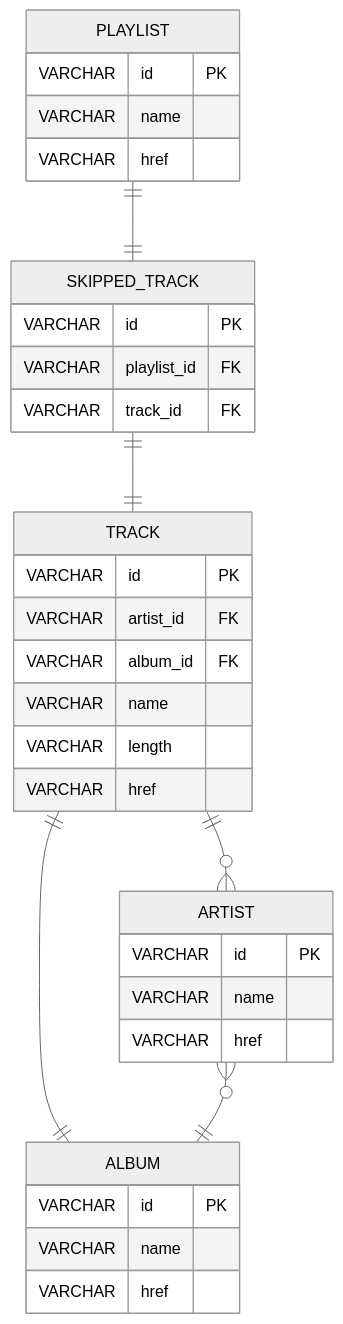
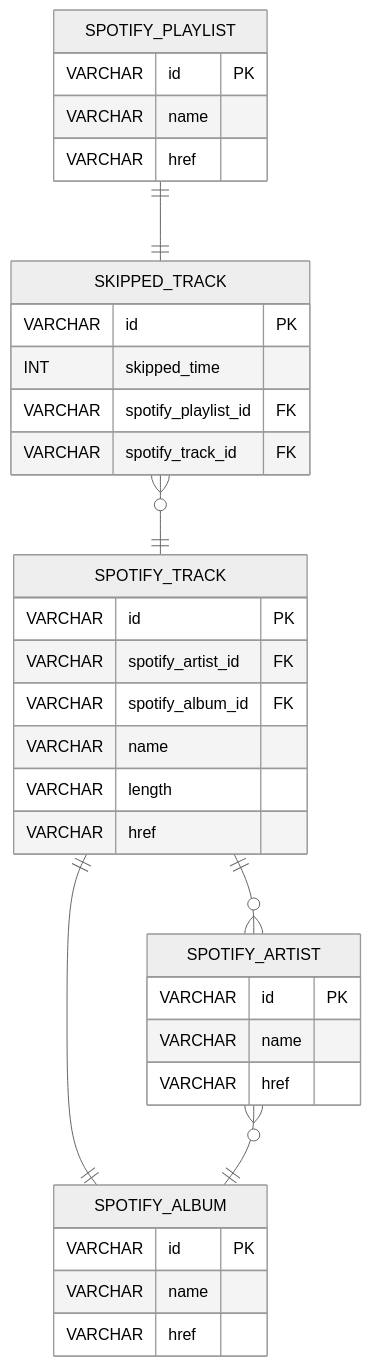
Before and after one commit to paulmccarron/spotify-playlist-janitor: the diagram in docs/entity-relationship-diagram.md, drawn with Mermaid. The commit also changed 29 other files, not shown here.

````diff
--- a/docs/entity-relationship-diagram.md
+++ b/docs/entity-relationship-diagram.md
@@ -5,38 +5,39 @@
 ``` mermaid
 %%{init: {'theme':'neutral'}}%%
 erDiagram
-    PLAYLIST ||--|| SKIPPED_TRACK : ""
-    SKIPPED_TRACK ||--|| TRACK : ""
-    TRACK ||--o{ ARTIST : ""
-    TRACK ||--|| ALBUM : ""
-    ARTIST }o--|| ALBUM : ""
+    SPOTIFY_PLAYLIST ||--|| SKIPPED_TRACK : ""
+    SKIPPED_TRACK }o--|| SPOTIFY_TRACK : ""
+    SPOTIFY_TRACK ||--o{ SPOTIFY_ARTIST : ""
+    SPOTIFY_TRACK ||--|| SPOTIFY_ALBUM : ""
+    SPOTIFY_ARTIST }o--|| SPOTIFY_ALBUM : ""
 
-    PLAYLIST {
+    SPOTIFY_PLAYLIST {
         VARCHAR id PK
 	    VARCHAR name
         VARCHAR href
     }
     SKIPPED_TRACK {
         VARCHAR id PK
-        VARCHAR playlist_id FK
-        VARCHAR track_id FK
+        INT skipped_time
+        VARCHAR spotify_playlist_id FK
+        VARCHAR spotify_track_id FK
     }
-    TRACK {
+    SPOTIFY_TRACK {
         VARCHAR id PK
-        VARCHAR artist_id FK
-        VARCHAR album_id FK
+        VARCHAR spotify_artist_id FK
+        VARCHAR spotify_album_id FK
         VARCHAR name
         VARCHAR length
         VARCHAR href
     }
-    ARTIST {
+    SPOTIFY_ARTIST {
         VARCHAR id PK
         VARCHAR name
         VARCHAR href
     }
-    ALBUM {
+    SPOTIFY_ALBUM {
         VARCHAR id PK
         VARCHAR name
         VARCHAR href
     }
 ```
````
